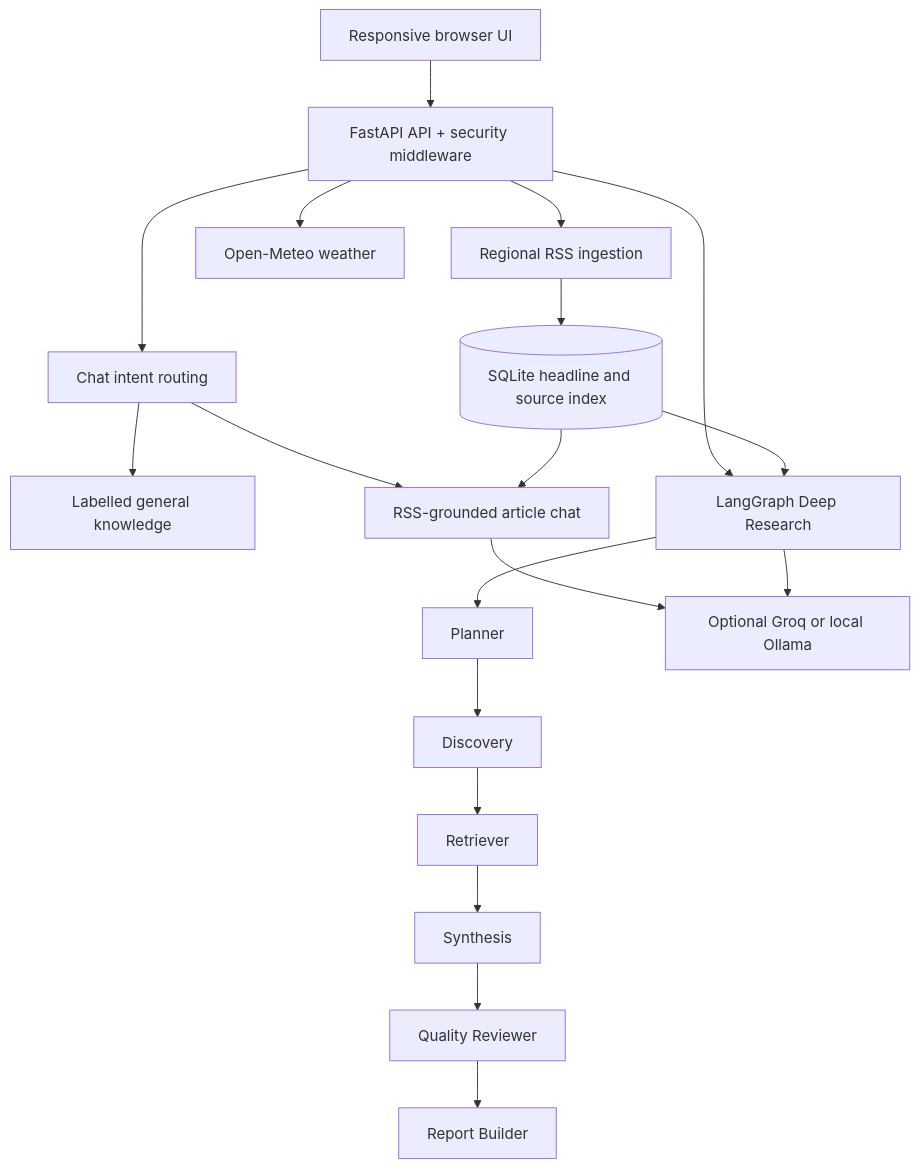
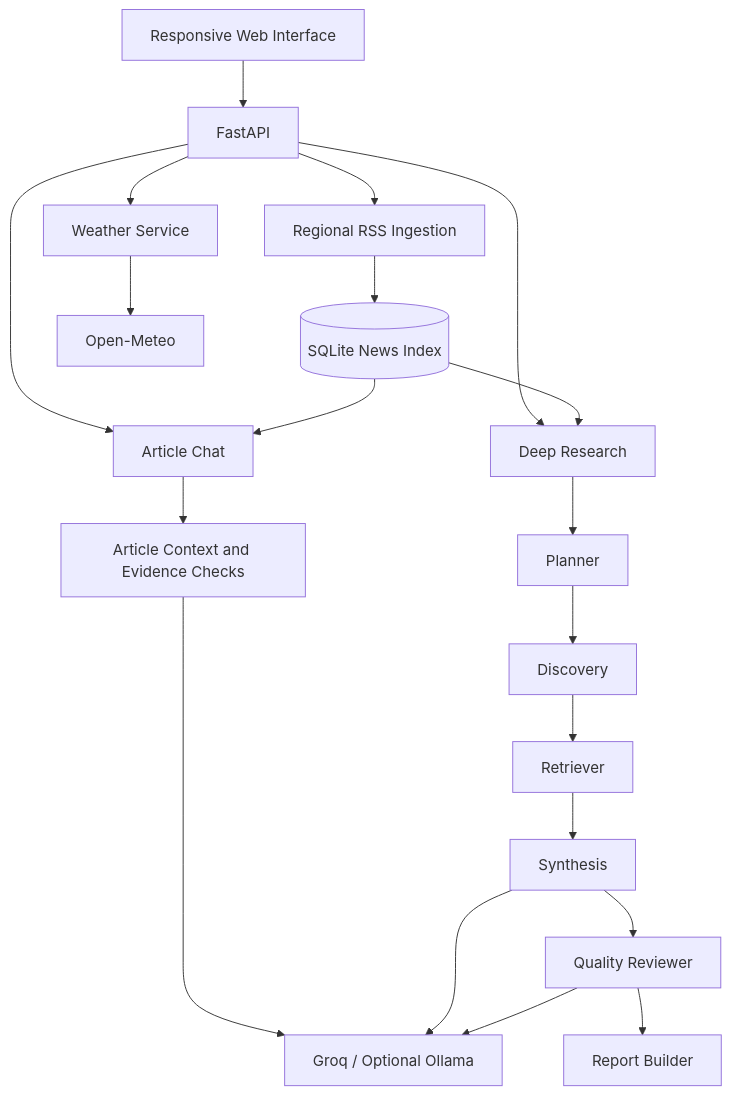
The diagram in README.md (Sid-art6/BharatPulse-AI-State-Wise-News-Intelligence-Deep-Research-Platform.), drawn with Mermaid before and after one commit. The commit also changed other lines of this file, not shown here.

````diff
--- a/README.md
+++ b/README.md
@@ -111,21 +79,22 @@
 ```mermaid
 flowchart TD
-    Browser[Responsive browser UI] --> FastAPI[FastAPI API + security middleware]
-    FastAPI --> News[Regional RSS ingestion]
-    FastAPI --> Weather[Open-Meteo weather]
-    FastAPI --> Router[Chat intent routing]
-    Router --> Background[Labelled general knowledge]
-    Router --> Chat[RSS-grounded article chat]
-    FastAPI --> Research[LangGraph Deep Research]
-    News --> DB[(SQLite headline and source index)]
-    DB --> Chat
-    DB --> Research
-    Research --> P[Planner]
-    P --> D[Discovery]
-    D --> R[Retriever]
-    R --> S[Synthesis]
-    S --> Q[Quality Reviewer]
-    Q --> Report[Report Builder]
-    Chat --> LLM[Optional Groq or local Ollama]
-    Research --> LLM
+    UI[Responsive Web Interface] --> API[FastAPI]
+    API --> RSS[Regional RSS Ingestion]
+    API --> WX[Weather Service]
+    API --> CHAT[Article Chat]
+    API --> RESEARCH[Deep Research]
+    RSS --> DB[(SQLite News Index)]
+    DB --> CHAT
+    DB --> RESEARCH
+    CHAT --> CONTEXT[Article Context and Evidence Checks]
+    CONTEXT --> MODEL[Groq / Optional Ollama]
+    RESEARCH --> PLAN[Planner]
+    PLAN --> DISCOVER[Discovery]
+    DISCOVER --> RETRIEVE[Retriever]
+    RETRIEVE --> SYNTH[Synthesis]
+    SYNTH --> REVIEW[Quality Reviewer]
+    REVIEW --> REPORT[Report Builder]
+    SYNTH --> MODEL
+    REVIEW --> MODEL
+    WX --> METEO[Open-Meteo]
 ```
````
